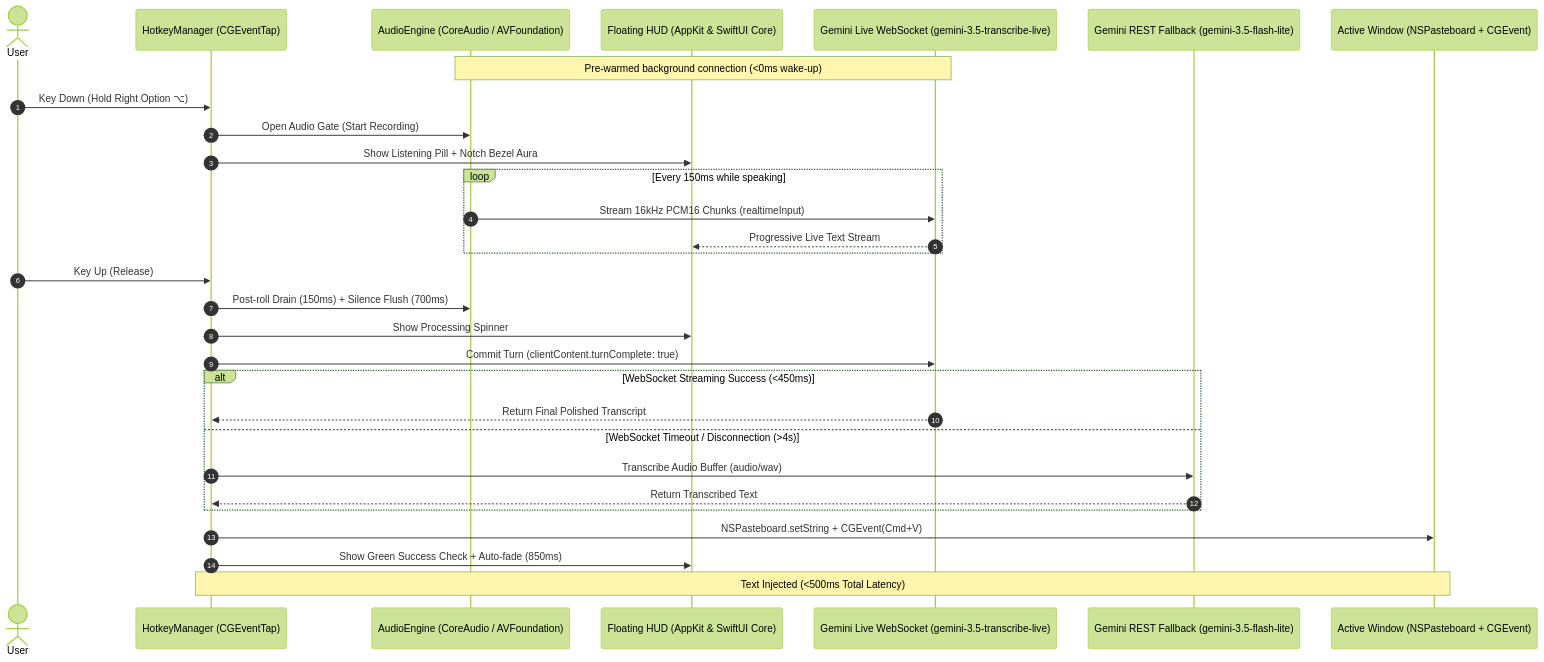
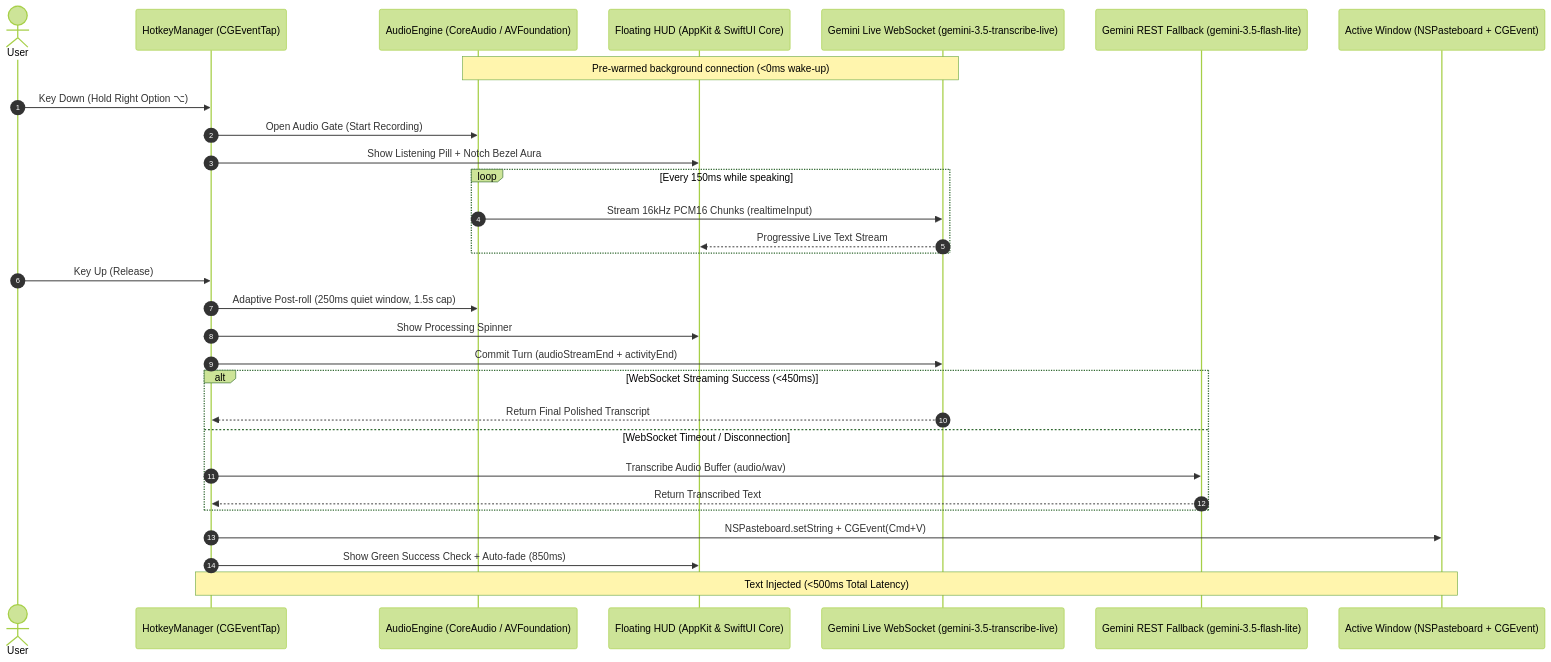
One commit to adhishthite/justspeak changed the diagram in README.md. Above: the diagram before and after it, drawn with Mermaid (forest theme). The commit also changed other lines of this file, not shown here.

Commit message:
docs: refresh README - adaptive pre/post-roll, new notch light spill, frame-RMS silence gate, full hotkey list, fn setup tip

````diff
--- a/README.md
+++ b/README.md
@@ -52,35 +52,35 @@
 ```mermaid
 sequenceDiagram
     autonumber
     actor User
     participant Hotkey as HotkeyManager (CGEventTap)
     participant Mic as AudioEngine (CoreAudio / AVFoundation)
     participant HUD as Floating HUD (AppKit & SwiftUI Core)
     participant GeminiWS as Gemini Live WebSocket (gemini-3.5-transcribe-live)
     participant GeminiREST as Gemini REST Fallback (gemini-3.5-flash-lite)
     participant ActiveApp as Active Window (NSPasteboard + CGEvent)
 
     Note over Mic,GeminiWS: Pre-warmed background connection (<0ms wake-up)
     User->>Hotkey: Key Down (Hold Right Option ⌥)
     Hotkey->>Mic: Open Audio Gate (Start Recording)
     Hotkey->>HUD: Show Listening Pill + Notch Bezel Aura
     loop Every 150ms while speaking
         Mic->>GeminiWS: Stream 16kHz PCM16 Chunks (realtimeInput)
         GeminiWS-->>HUD: Progressive Live Text Stream
     end
     User->>Hotkey: Key Up (Release)
-    Hotkey->>Mic: Post-roll Drain (150ms) + Silence Flush (700ms)
+    Hotkey->>Mic: Adaptive Post-roll (250ms quiet window, 1.5s cap)
     Hotkey->>HUD: Show Processing Spinner
-    Hotkey->>GeminiWS: Commit Turn (clientContent.turnComplete: true)
+    Hotkey->>GeminiWS: Commit Turn (audioStreamEnd + activityEnd)
     
     alt WebSocket Streaming Success (<450ms)
         GeminiWS-->>Hotkey: Return Final Polished Transcript
-    else WebSocket Timeout / Disconnection (>4s)
+    else WebSocket Timeout / Disconnection
         Hotkey->>GeminiREST: Transcribe Audio Buffer (audio/wav)
         GeminiREST-->>Hotkey: Return Transcribed Text
     end
 
     Hotkey->>ActiveApp: NSPasteboard.setString + CGEvent(Cmd+V)
     Hotkey->>HUD: Show Green Success Check + Auto-fade (850ms)
     Note over Hotkey,ActiveApp: Text Injected (<500ms Total Latency)
 ```
````
